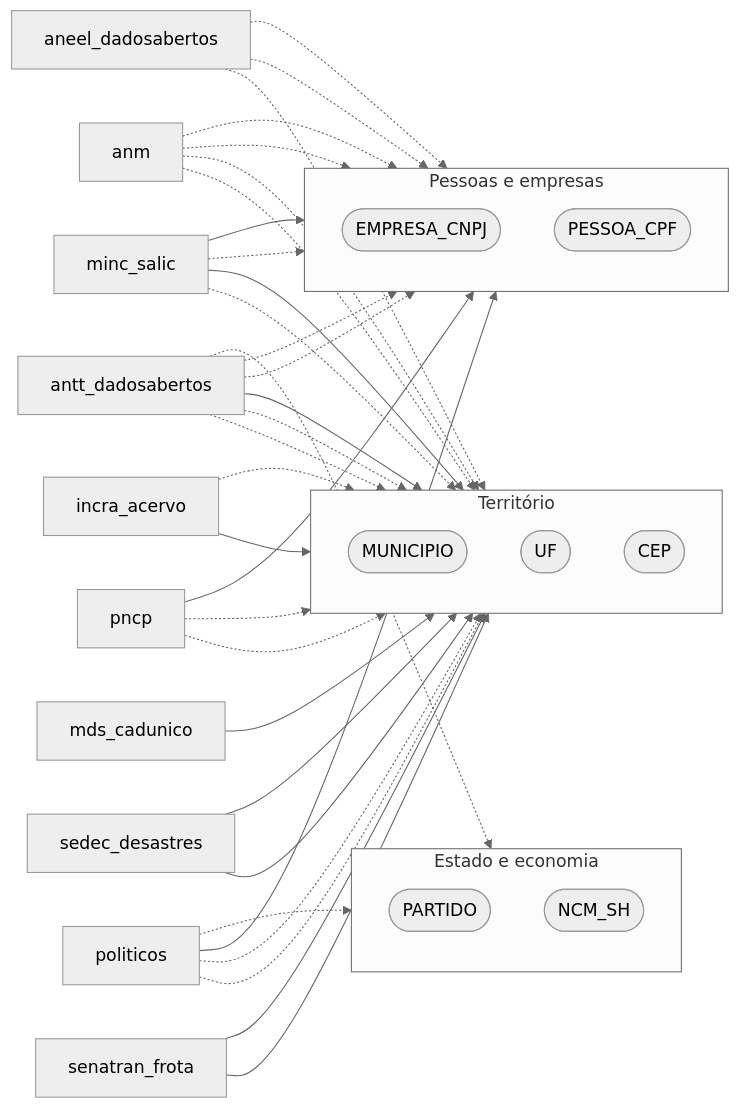
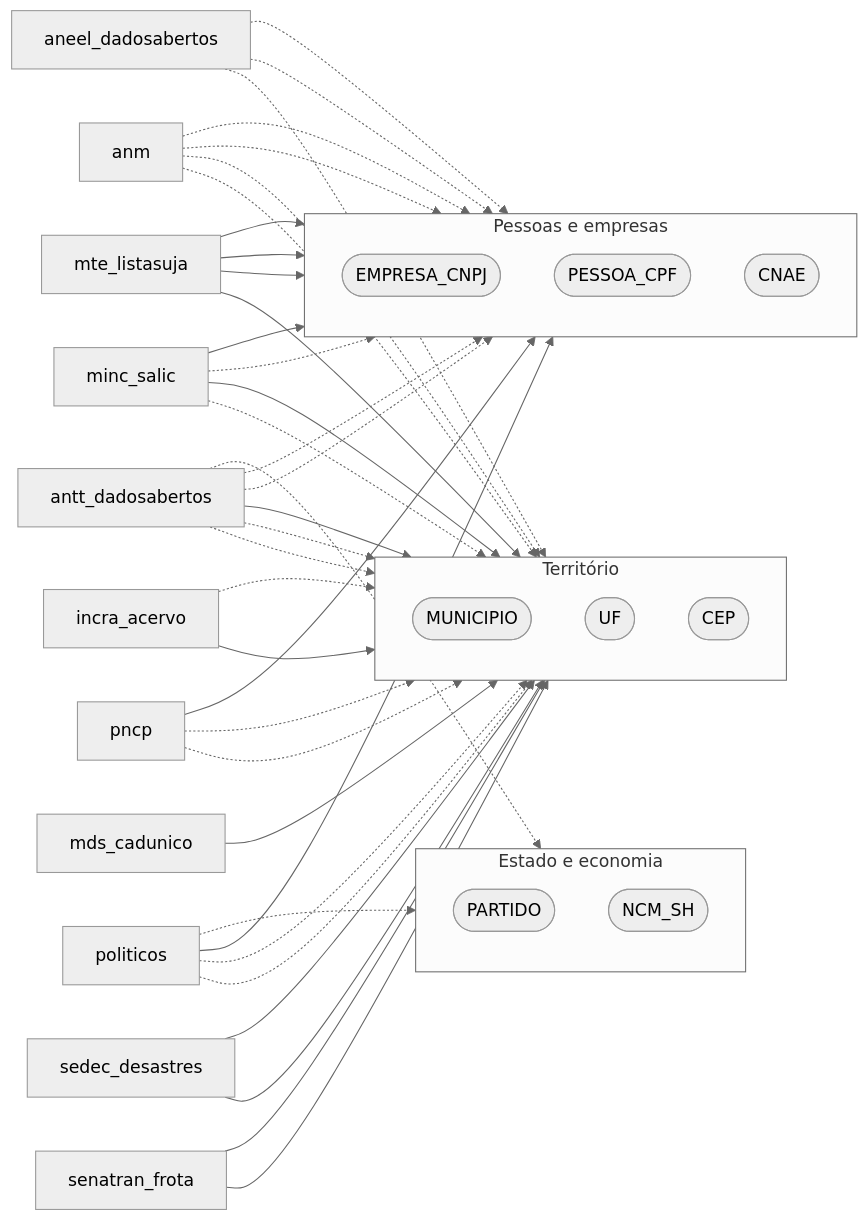
Diagram 12 of 12 in docs/mapa/Flow.md (rafapolo/rodado), drawn with Mermaid (neutral theme) before and after one commit. The commit also changed other lines of this file and 8 other files, not shown here.

````diff
--- a/docs/mapa/Flow.md
+++ b/docs/mapa/Flow.md
@@ -1034,60 +1031,66 @@
 ```mermaid
 flowchart LR
     outros_br_aneel_dadosabertos["aneel_dadosabertos"]
     outros_br_anm["anm"]
     outros_br_antt_dadosabertos["antt_dadosabertos"]
     outros_br_incra_acervo["incra_acervo"]
     outros_br_mds_cadunico["mds_cadunico"]
     outros_br_minc_salic["minc_salic"]
+    outros_br_mte_listasuja["mte_listasuja"]
     outros_br_pncp["pncp"]
     outros_br_sedec_desastres["sedec_desastres"]
     outros_br_senatran_frota["senatran_frota"]
     outros_politicos["politicos"]
     subgraph outros_g_territ_rio["Território"]
         direction TB
         outros_MUNICIPIO(["MUNICIPIO"])
         outros_UF(["UF"])
         outros_CEP(["CEP"])
     end
     subgraph outros_g_pessoas_e_empresas["Pessoas e empresas"]
         direction TB
         outros_EMPRESA_CNPJ(["EMPRESA_CNPJ"])
         outros_PESSOA_CPF(["PESSOA_CPF"])
+        outros_CNAE(["CNAE"])
     end
     subgraph outros_g_estado_e_economia["Estado e economia"]
         direction TB
         outros_PARTIDO(["PARTIDO"])
         outros_NCM_SH(["NCM_SH"])
     end
     outros_br_aneel_dadosabertos -.-> outros_EMPRESA_CNPJ
     outros_br_aneel_dadosabertos -.-> outros_MUNICIPIO
     outros_br_aneel_dadosabertos -.-> outros_PESSOA_CPF
     outros_br_anm -.-> outros_EMPRESA_CNPJ
     outros_br_anm -.-> outros_MUNICIPIO
     outros_br_anm -.-> outros_PESSOA_CPF
     outros_br_anm -.-> outros_UF
     outros_br_antt_dadosabertos --> outros_CEP
     outros_br_antt_dadosabertos -.-> outros_EMPRESA_CNPJ
     outros_br_antt_dadosabertos -.-> outros_MUNICIPIO
     outros_br_antt_dadosabertos -.-> outros_NCM_SH
     outros_br_antt_dadosabertos -.-> outros_PESSOA_CPF
     outros_br_antt_dadosabertos -.-> outros_UF
     outros_br_incra_acervo -.-> outros_MUNICIPIO
     outros_br_incra_acervo --> outros_UF
     outros_br_mds_cadunico --> outros_MUNICIPIO
     outros_br_minc_salic --> outros_CEP
     outros_br_minc_salic --> outros_EMPRESA_CNPJ
     outros_br_minc_salic -.-> outros_PESSOA_CPF
     outros_br_minc_salic -.-> outros_UF
+    outros_br_mte_listasuja --> outros_CNAE
+    outros_br_mte_listasuja --> outros_EMPRESA_CNPJ
+    outros_br_mte_listasuja --> outros_PESSOA_CPF
+    outros_br_mte_listasuja --> outros_UF
     outros_br_pncp --> outros_EMPRESA_CNPJ
     outros_br_pncp -.-> outros_MUNICIPIO
     outros_br_pncp -.-> outros_UF
     outros_br_sedec_desastres --> outros_MUNICIPIO
     outros_br_sedec_desastres --> outros_UF
     outros_br_senatran_frota --> outros_MUNICIPIO
     outros_br_senatran_frota --> outros_UF
     outros_politicos -.-> outros_MUNICIPIO
     outros_politicos -.-> outros_PARTIDO
     outros_politicos --> outros_PESSOA_CPF
     outros_politicos -.-> outros_UF
 ```
````
